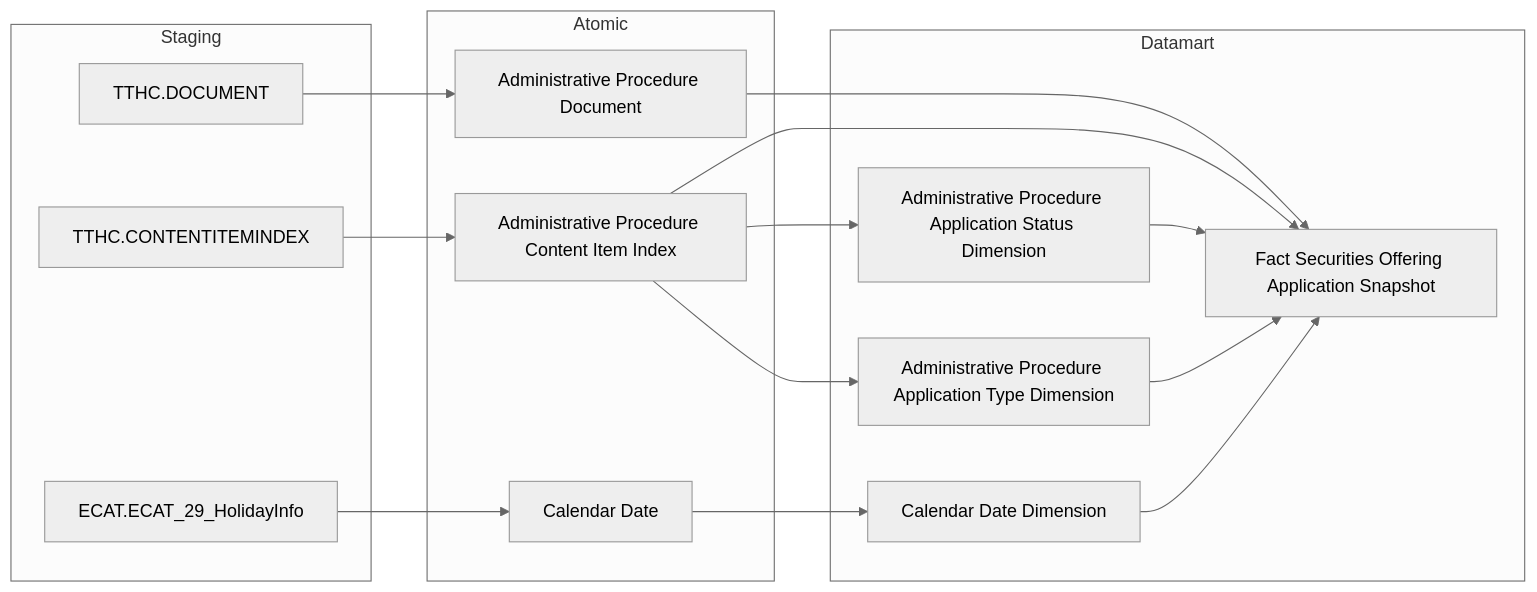
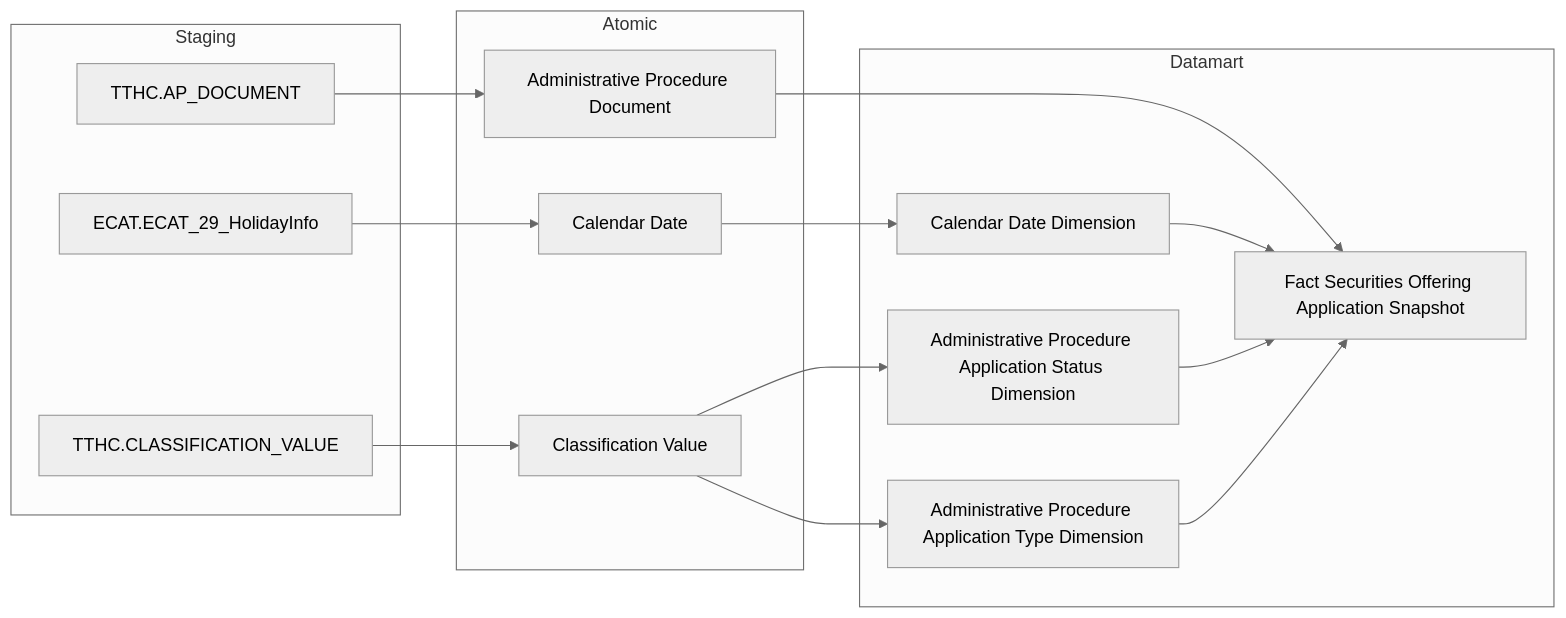
Before and after one commit to linhlvit/ubck_atomic_design: the fifth of 22 diagrams in Datamart/hld/DTM_QLCB_HLD.md, drawn with Mermaid (neutral theme). The commit also changed other lines of this file and 15 other files, not shown here.

Commit message:
feat(QLCB): dong bo thiet ke theo Atomic TTHC moi (cl_value) va BA Round 2

````diff
--- a/Datamart/hld/DTM_QLCB_HLD.md
+++ b/Datamart/hld/DTM_QLCB_HLD.md
@@ -230,35 +244,34 @@
 ```mermaid
 flowchart LR
     subgraph SRC["Staging"]
-        TTHC_DOCUMENT["TTHC.DOCUMENT"]
-        TTHC_CONTENTITEMINDEX["TTHC.CONTENTITEMINDEX"]
+        TTHC_AP_DOCUMENT["TTHC.AP_DOCUMENT"]
+        TTHC_CLASSIFICATION_VALUE["TTHC.CLASSIFICATION_VALUE"]
         ECAT_ECAT_29_HolidayInfo["ECAT.ECAT_29_HolidayInfo"]
     end
 
     subgraph SIL["Atomic"]
         Administrative_Procedure_Document["Administrative Procedure Document"]
-        Administrative_Procedure_Content_Item_Index["Administrative Procedure Content Item Index"]
+        Classification_Value["Classification Value"]
         Calendar_Date["Calendar Date"]
     end
 
     subgraph GOLD["Datamart"]
         fct_securities_offering_application_snpst["Fact Securities Offering Application Snapshot"]
         cdr_dt_dim["Calendar Date Dimension"]
         ap_application_status_dim["Administrative Procedure Application Status Dimension"]
         ap_application_tp_dim["Administrative Procedure Application Type Dimension"]
     end
 
-    TTHC_DOCUMENT --> Administrative_Procedure_Document
-    TTHC_CONTENTITEMINDEX --> Administrative_Procedure_Content_Item_Index
+    TTHC_AP_DOCUMENT --> Administrative_Procedure_Document
+    TTHC_CLASSIFICATION_VALUE --> Classification_Value
     ECAT_ECAT_29_HolidayInfo --> Calendar_Date
 
     Administrative_Procedure_Document --> fct_securities_offering_application_snpst
-    Administrative_Procedure_Content_Item_Index --> fct_securities_offering_application_snpst
-    Administrative_Procedure_Content_Item_Index --> ap_application_status_dim
-    Administrative_Procedure_Content_Item_Index --> ap_application_tp_dim
+    Classification_Value --> ap_application_status_dim
+    Classification_Value --> ap_application_tp_dim
     Calendar_Date --> cdr_dt_dim
 
     cdr_dt_dim --> fct_securities_offering_application_snpst
     ap_application_status_dim --> fct_securities_offering_application_snpst
     ap_application_tp_dim --> fct_securities_offering_application_snpst
 ```
````
